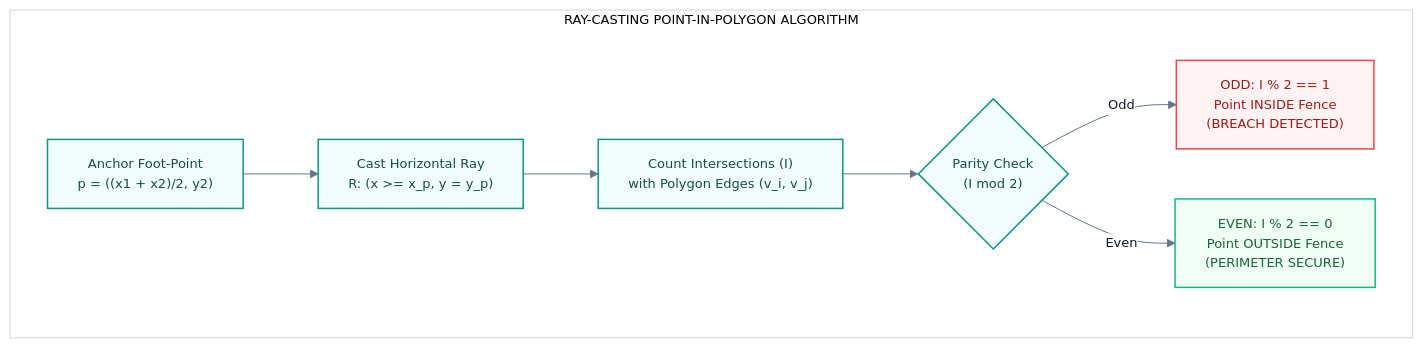
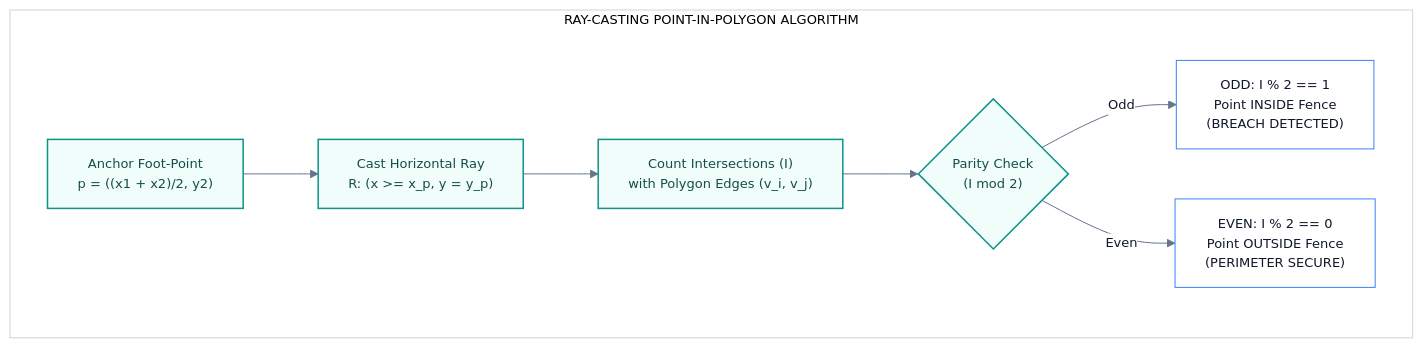
Before and after one commit to Cheesenoice/IoT-EdgeAI-Intrusion-Detection: the second of 7 diagrams in README.md, drawn with Mermaid. The commit also changed other lines of this file and 13 other files, not shown here.

````diff
--- a/README.md
+++ b/README.md
@@ -171,39 +188,37 @@
 ```mermaid
 %%{init: {
   'theme': 'base',
   'themeVariables': {
     'fontFamily': 'Segoe UI, Inter, -apple-system, sans-serif',
     'fontSize': '13px',
     'primaryColor': '#ffffff',
     'primaryTextColor': '#0f172a',
     'primaryBorderColor': '#3b82f6',
     'lineColor': '#64748b',
     'edgeLabelBackground': '#ffffff',
     'clusterBkg': '#ffffff',
     'clusterBorder': '#cbd5e1',
     'mainBkg': '#ffffff'
   }
 }}%%
 flowchart LR
     subgraph RayCasting ["RAY-CASTING POINT-IN-POLYGON ALGORITHM"]
         direction LR
         PAnchor["Anchor Foot-Point<br/>p = ((x1 + x2)/2, y2)"]
         Ray["Cast Horizontal Ray<br/>R: (x >= x_p, y = y_p)"]
         Count["Count Intersections (I)<br/>with Polygon Edges (v_i, v_j)"]
         Parity{"Parity Check<br/>(I mod 2)"}
         Inside["ODD: I % 2 == 1<br/>Point INSIDE Fence<br/>(BREACH DETECTED)"]
         Outside["EVEN: I % 2 == 0<br/>Point OUTSIDE Fence<br/>(PERIMETER SECURE)"]
 
         PAnchor --> Ray --> Count --> Parity
         Parity -- "Odd" --> Inside
         Parity -- "Even" --> Outside
     end
 
     classDef anchor fill:#f0fdfa,stroke:#0d9488,stroke-width:1.5px,color:#134e4a;
     classDef breach fill:#fef2f2,stroke:#ef4444,stroke-width:1.5px,color:#991b1b;
     classDef secure fill:#f0fdf4,stroke:#10b981,stroke-width:1.5px,color:#166534;
 
     class PAnchor,Ray,Count,Parity anchor;
-    class Inside breach;
-    class Outside secure;
 ```
````
